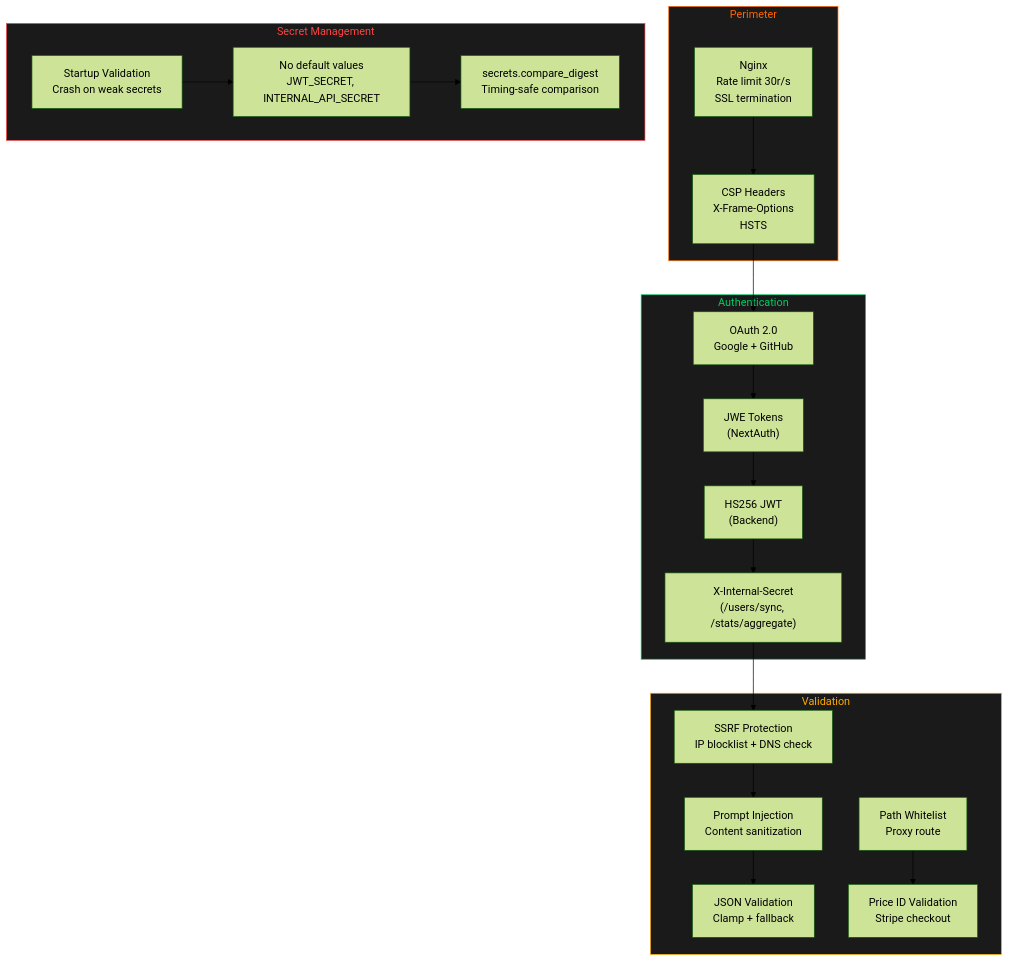
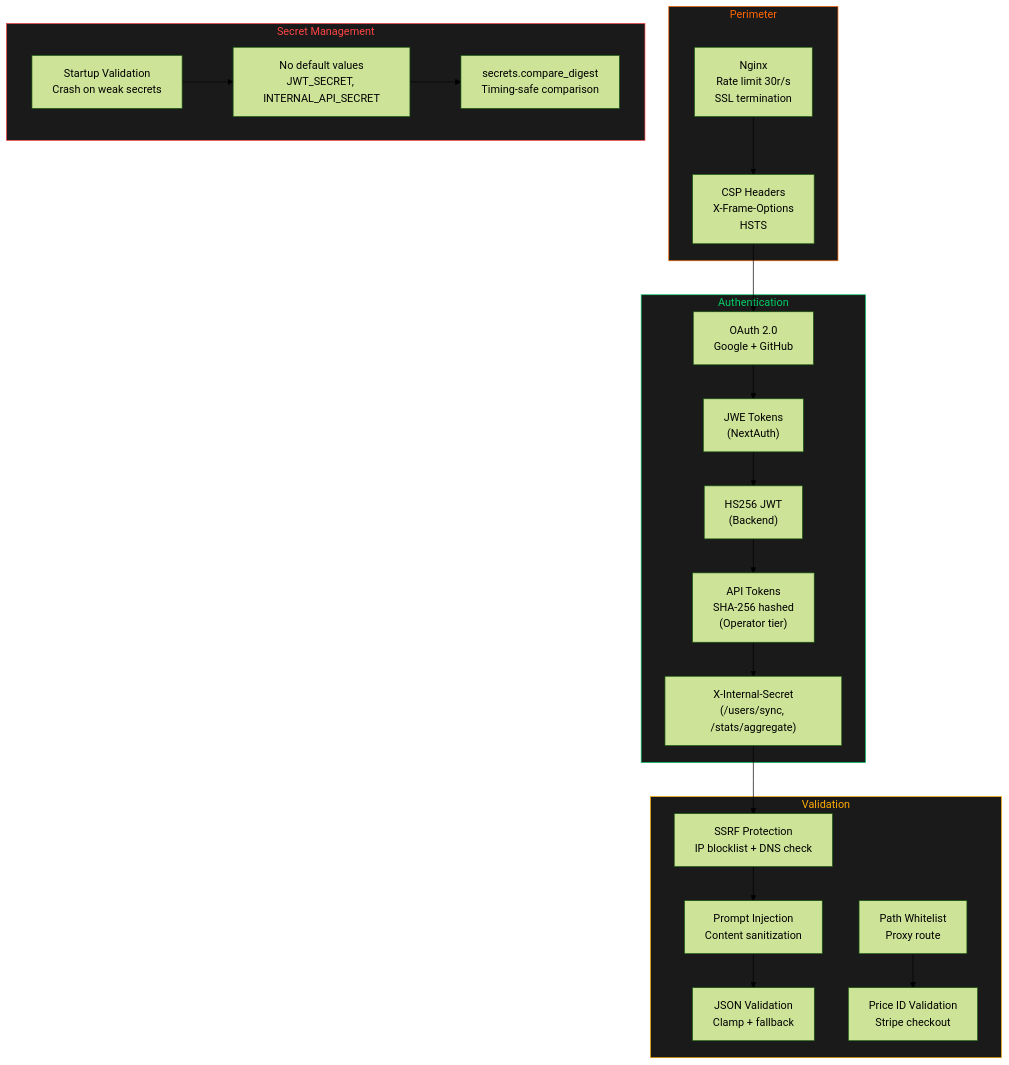
One commit to nabz0r/deadinternet.report changed the eighth of 10 diagrams in docs/ARCHITECTURE.md. Above: the diagram before and after it, drawn with Mermaid (forest theme). The commit also changed other lines of this file and 4 other files, not shown here.

First line of the commit message:
Update all documentation for API tokens and bulk scanning

````diff
--- a/docs/ARCHITECTURE.md
+++ b/docs/ARCHITECTURE.md
@@ -384,42 +400,44 @@
 ```mermaid
 graph TB
     subgraph Perimeter["Perimeter"]
         NGINX["Nginx<br/>Rate limit 30r/s<br/>SSL termination"]
         CSP["CSP Headers<br/>X-Frame-Options<br/>HSTS"]
     end
 
     subgraph Auth["Authentication"]
         OAuth2["OAuth 2.0<br/>Google + GitHub"]
         JWE["JWE Tokens<br/>(NextAuth)"]
         HS256["HS256 JWT<br/>(Backend)"]
+        ApiToken["API Tokens<br/>SHA-256 hashed<br/>(Operator tier)"]
         Internal["X-Internal-Secret<br/>(/users/sync, /stats/aggregate)"]
     end
 
     subgraph Validation["Validation"]
         SSRF["SSRF Protection<br/>IP blocklist + DNS check"]
         Prompt["Prompt Injection<br/>Content sanitization"]
         JSONVal["JSON Validation<br/>Clamp + fallback"]
         PathWL["Path Whitelist<br/>Proxy route"]
         PriceVal["Price ID Validation<br/>Stripe checkout"]
     end
 
     subgraph Secrets["Secret Management"]
         EnvVal["Startup Validation<br/>Crash on weak secrets"]
         NoDefault["No default values<br/>JWT_SECRET, INTERNAL_API_SECRET"]
         CompareDigest["secrets.compare_digest<br/>Timing-safe comparison"]
     end
 
     NGINX --> CSP
     CSP --> OAuth2
     OAuth2 --> JWE --> HS256
-    HS256 --> Internal
+    HS256 --> ApiToken
+    ApiToken --> Internal
     Internal --> SSRF
     SSRF --> Prompt --> JSONVal
     PathWL --> PriceVal
     EnvVal --> NoDefault --> CompareDigest
 
     style Perimeter fill:#1a1a1a,color:#ff6600,stroke:#ff6600
     style Auth fill:#1a1a1a,color:#00cc66,stroke:#00cc66
     style Validation fill:#1a1a1a,color:#ffaa00,stroke:#ffaa00
     style Secrets fill:#1a1a1a,color:#ff4444,stroke:#ff4444
 ```
````
